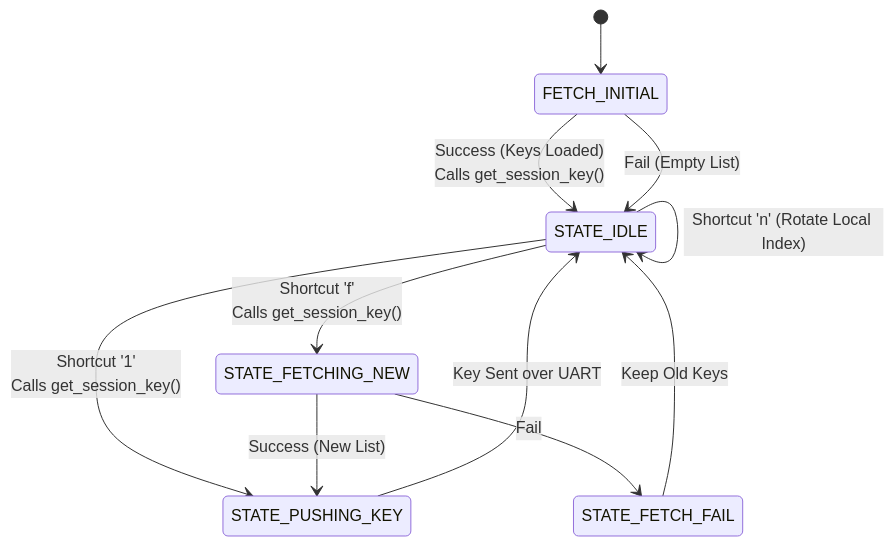
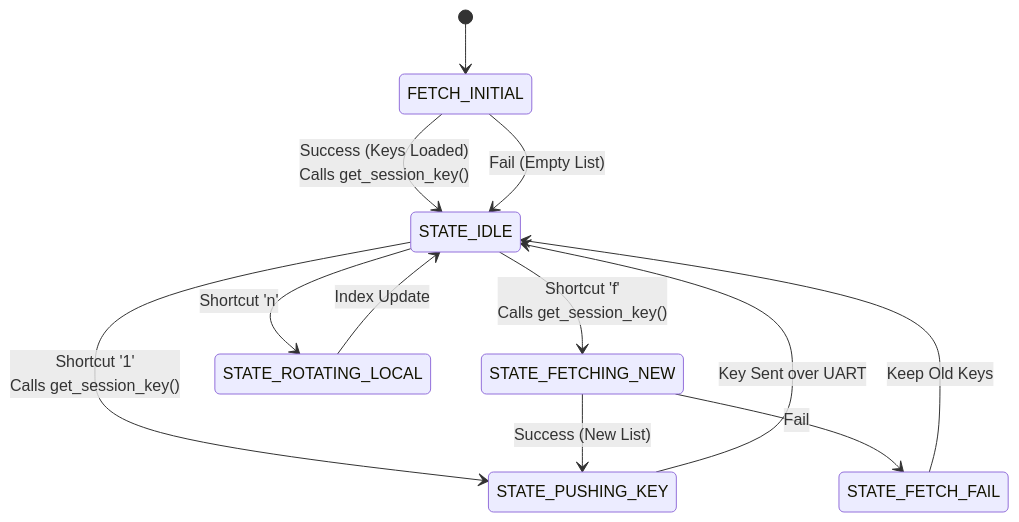
One commit to iotauth/lifi-auth changed the diagram in diagrams/keys_receiver.md. Above: the diagram before and after it, drawn with Mermaid.

Commit message:
fix state_fetch_fail

````diff
--- a/diagrams/keys_receiver.md
+++ b/diagrams/keys_receiver.md
@@ -5,23 +5,24 @@
 ```mermaid
 stateDiagram-v2
     direction TB
     
     [*] --> FETCH_INITIAL
     
     FETCH_INITIAL --> STATE_IDLE : Success (Keys Loaded)<br/>Calls get_session_key()
     FETCH_INITIAL --> STATE_IDLE : Fail (Empty List)
     
     %% Manual Push
     STATE_IDLE --> STATE_PUSHING_KEY : Shortcut '1'<br/>Calls get_session_key()
     STATE_PUSHING_KEY --> STATE_IDLE : Key Sent over UART
     
     %% Force Rotation
     STATE_IDLE --> STATE_FETCHING_NEW : Shortcut 'f'<br/>Calls get_session_key()
     
     STATE_FETCHING_NEW --> STATE_PUSHING_KEY : Success (New List)
     STATE_FETCHING_NEW --> STATE_FETCH_FAIL : Fail
     STATE_FETCH_FAIL --> STATE_IDLE : Keep Old Keys
     
     %% Local Rotation
-    STATE_IDLE --> STATE_IDLE : Shortcut 'n' (Rotate Local Index)
+    STATE_IDLE --> STATE_ROTATING_LOCAL : Shortcut 'n'
+    STATE_ROTATING_LOCAL --> STATE_IDLE : Index Update
 ```
````
